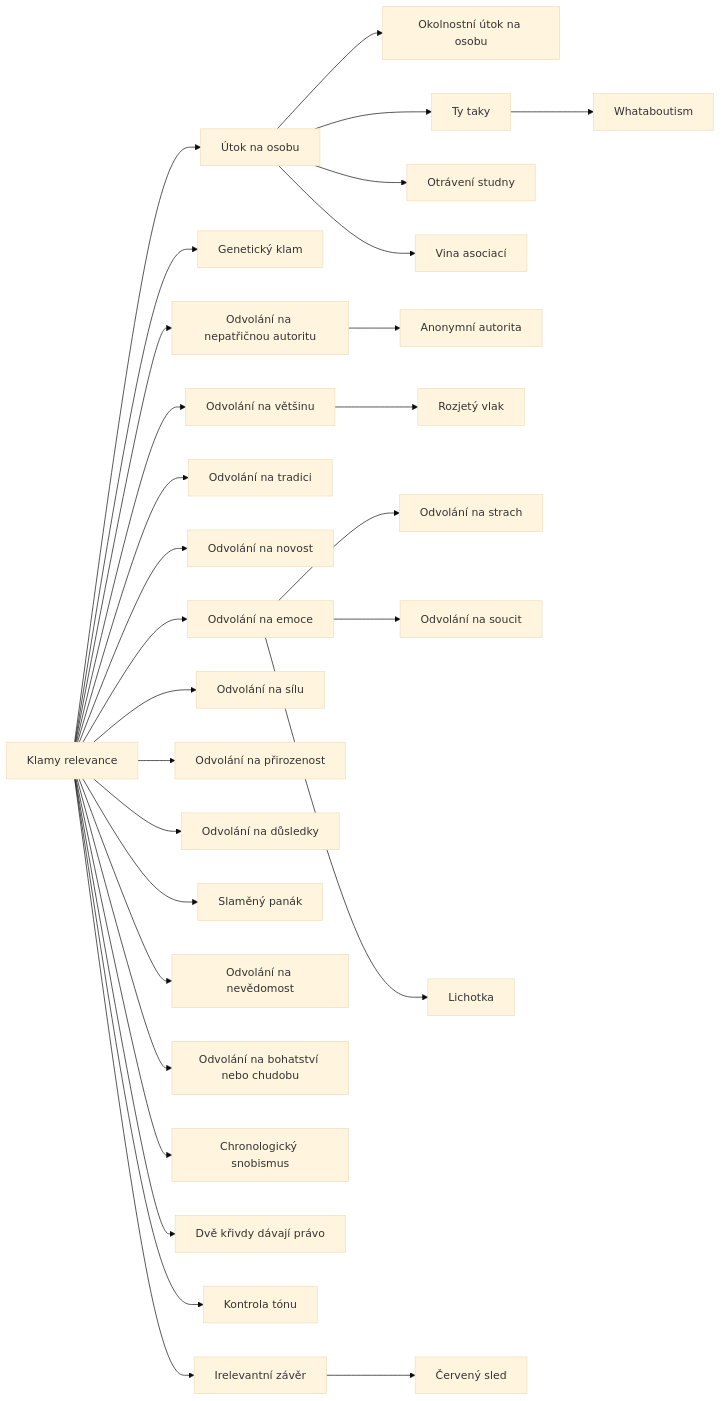
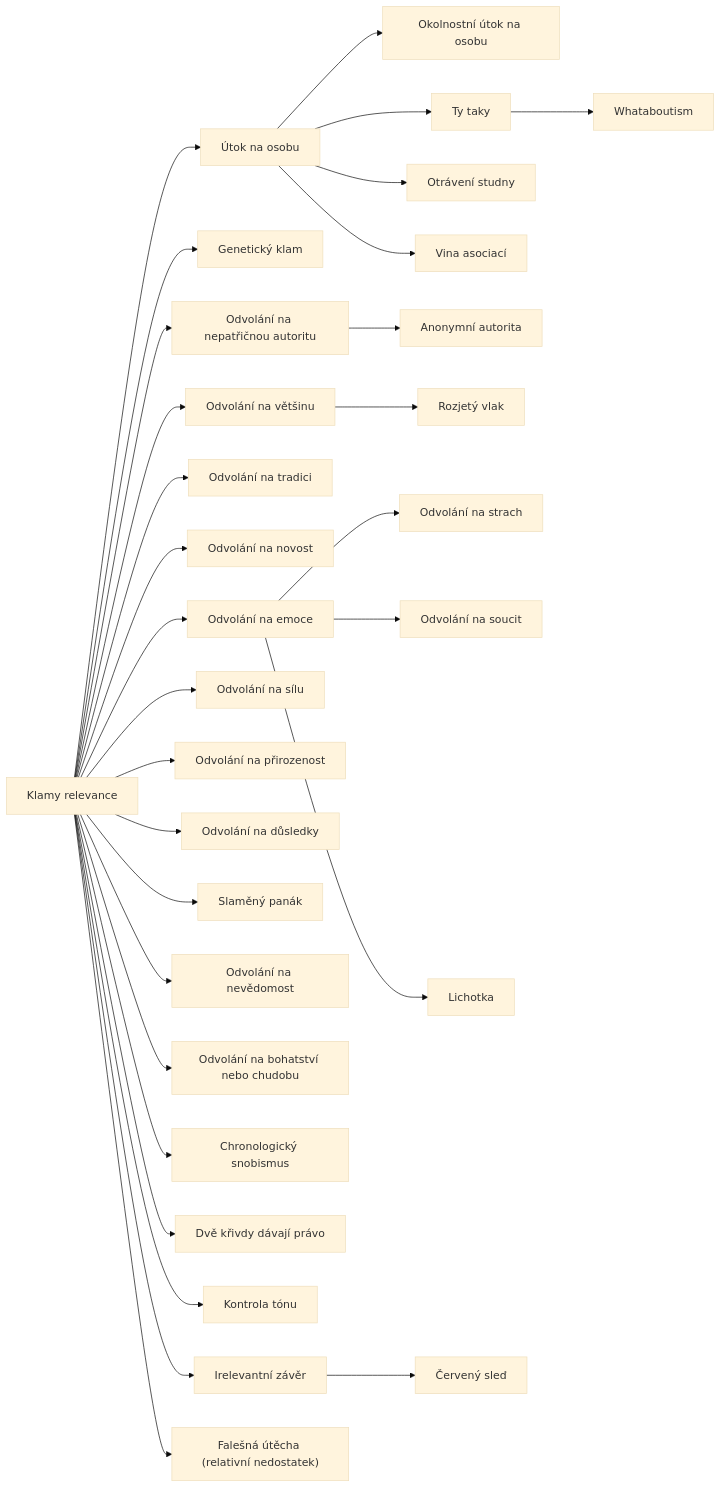
One commit to korczis/kompendium-epistemicke-anihilace changed the diagram in content/kompendium/argumentacni-fauly/relevance/_index.md. Above: the diagram before and after it, drawn with Mermaid (base theme). The commit also changed other lines of this file and 280 other files, not shown here.

````diff
--- a/content/kompendium/argumentacni-fauly/relevance/_index.md
+++ b/content/kompendium/argumentacni-fauly/relevance/_index.md
@@ -253,6 +254,7 @@
   n26["Dvě křivdy dávají právo"]
   n27["Kontrola tónu"]
   n28["Irelevantní závěr"]
+  n29["Falešná útěcha (relativní nedostatek)"]
   F --> n1
   n1 --> n2
   n1 --> n3
@@ -281,6 +283,7 @@
   F --> n26
   F --> n27
   F --> n28
+  F --> n29
   click n1 "@/kompendium/argumentacni-fauly/relevance/ad-hominem.md"
   click n2 "@/kompendium/argumentacni-fauly/relevance/okolnostni-ad-hominem.md"
   click n3 "@/kompendium/argumentacni-fauly/relevance/tu-quoque.md"
@@ -309,4 +312,5 @@
   click n26 "@/kompendium/argumentacni-fauly/relevance/dve-kriva-jedno-pravo.md"
   click n27 "@/kompendium/argumentacni-fauly/relevance/kontrola-tonu.md"
   click n28 "@/kompendium/argumentacni-fauly/relevance/irelevantni-zaver.md"
+  click n29 "@/kompendium/argumentacni-fauly/relevance/falesna-utecha.md"
 ```
````
